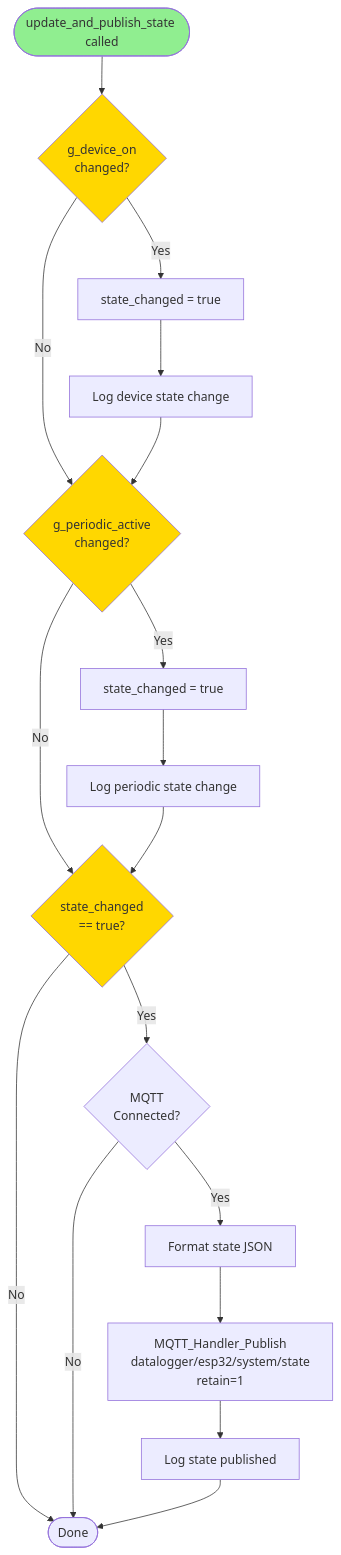
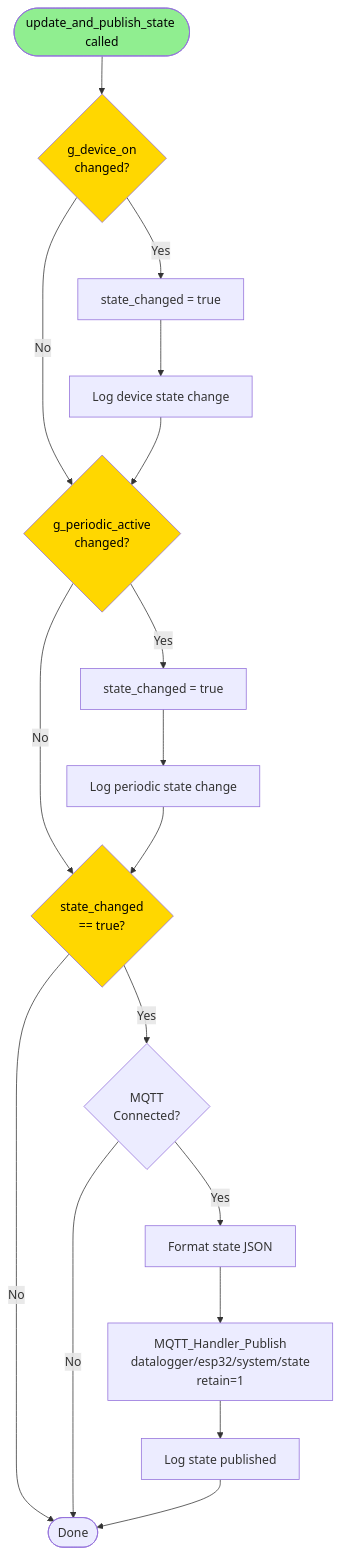
The seventh of 9 diagrams in documents/esp32/FLOW_DIAGRAM_ESP32.md (meeTeam05/datalogger), drawn with Mermaid before and after one commit. The commit also changed other lines of this file, not shown here.

Commit message:
fix(docs): enhance flow diagram styles for consistency in FLOW_DIAGRAM_ESP32.md

````diff
--- a/documents/esp32/FLOW_DIAGRAM_ESP32.md
+++ b/documents/esp32/FLOW_DIAGRAM_ESP32.md
@@ -239,31 +239,31 @@
 ```mermaid
 flowchart TD
     Start([update_and_publish_state called]) --> CheckDevice{g_device_on<br/>changed?}
 
     CheckDevice -->|Yes| SetDevChanged[state_changed = true]
     CheckDevice -->|No| CheckPeriodic
 
     SetDevChanged --> LogDevice[Log device state change]
     LogDevice --> CheckPeriodic{g_periodic_active<br/>changed?}
 
     CheckPeriodic -->|Yes| SetPerChanged[state_changed = true]
     CheckPeriodic -->|No| CheckChanged
 
     SetPerChanged --> LogPeriodic[Log periodic state change]
     LogPeriodic --> CheckChanged{state_changed<br/>== true?}
 
     CheckChanged -->|Yes| CheckMQTT{MQTT<br/>Connected?}
     CheckChanged -->|No| Done([Done])
 
     CheckMQTT -->|Yes| FormatJSON[Format state JSON]
     CheckMQTT -->|No| Done
 
     FormatJSON --> PublishMQTT[MQTT_Handler_Publish<br/>datalogger/esp32/system/state<br/>retain=1]
     PublishMQTT --> LogPublish[Log state published]
     LogPublish --> Done
 
-    style Start fill:#90EE90
-    style CheckDevice fill:#FFD700
-    style CheckPeriodic fill:#FFD700
-    style CheckChanged fill:#FFD700
+    style Start fill:#90EE90, color:#000000
+    style CheckDevice fill:#FFD700, color:#000000
+    style CheckPeriodic fill:#FFD700, color:#000000
+    style CheckChanged fill:#FFD700, color:#000000
 ```
````
